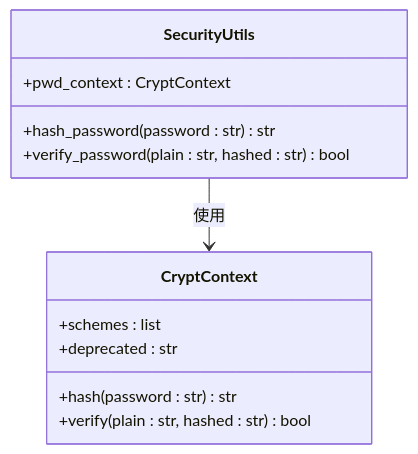
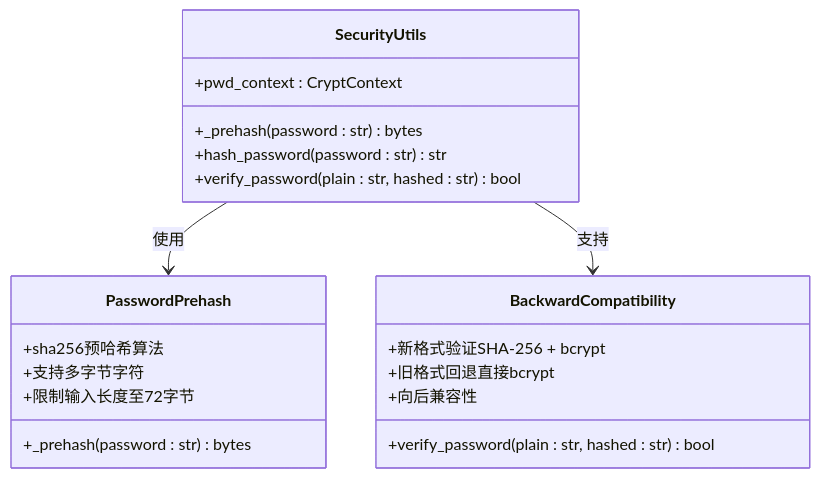
Before and after one commit to selectzhangyuan/AI-photo-coach: the third of 11 diagrams in .qoder/repowiki/zh/content/安全和认证/密码哈希与验证.md, drawn with Mermaid. The commit also changed other lines of this file and 28 other files, not shown here.

````diff
--- a/.qoder/repowiki/zh/content/安全和认证/密码哈希与验证.md
+++ b/.qoder/repowiki/zh/content/安全和认证/密码哈希与验证.md
@@ -155,15 +183,23 @@
 ```mermaid
 classDiagram
-class CryptContext {
-+schemes : list
-+deprecated : str
-+hash(password : str) str
-+verify(plain : str, hashed : str) bool
-}
 class SecurityUtils {
 +pwd_context : CryptContext
++_prehash(password : str) bytes
 +hash_password(password : str) str
 +verify_password(plain : str, hashed : str) bool
 }
-SecurityUtils --> CryptContext : 使用
+class PasswordPrehash {
++_prehash(password : str) bytes
++sha256预哈希算法
++支持多字节字符
++限制输入长度至72字节
+}
+class BackwardCompatibility {
++verify_password(plain : str, hashed : str) bool
++新格式验证SHA-256 + bcrypt
++旧格式回退直接bcrypt
++向后兼容性
+}
+SecurityUtils --> PasswordPrehash : 使用
+SecurityUtils --> BackwardCompatibility : 支持
 ```
````
